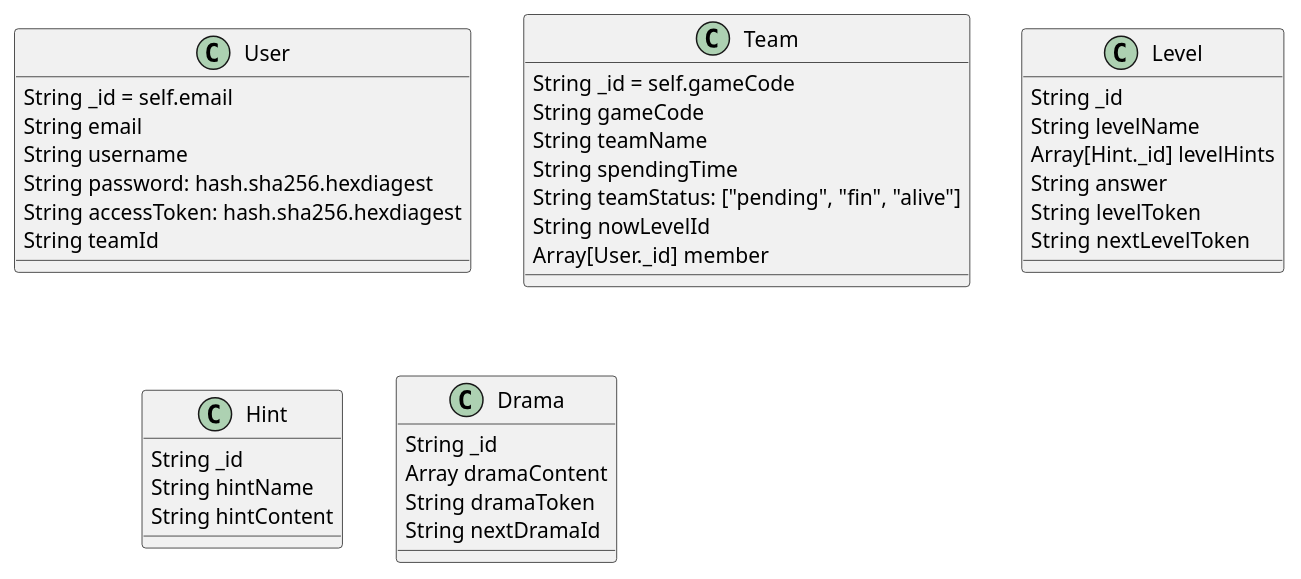
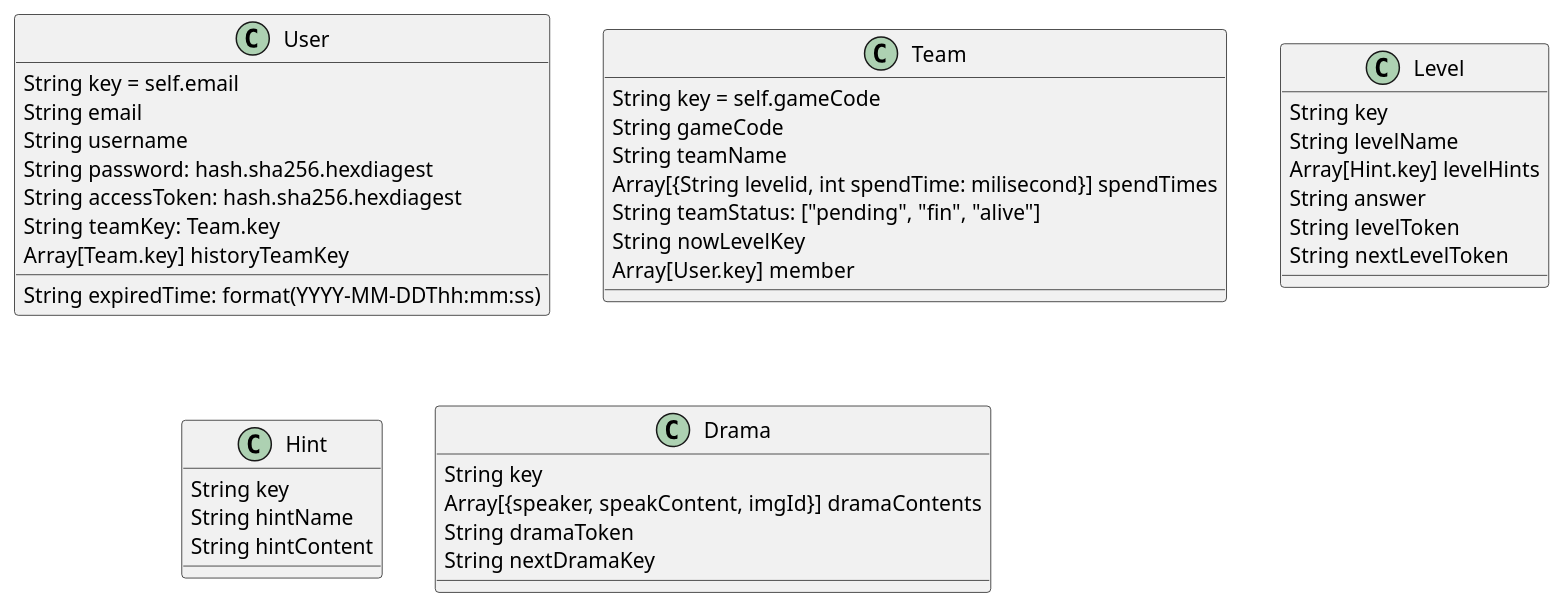
Before and after one commit to FHSHIC/reality-game-be: the diagram in DB/Data.puml, drawn with PlantUML. The commit also changed other lines of this file, not shown here.

Commit message:
fixed _id to key

```diff
--- a/DB/Data.puml
+++ b/DB/Data.puml
@@ -1,42 +3,45 @@
 @startuml
 class User {
-    String _id = self.email
+    String key = self.email
     String email
     String username
     String password: hash.sha256.hexdiagest
+    String expiredTime: format(YYYY-MM-DDThh:mm:ss)
     String accessToken: hash.sha256.hexdiagest
-    String teamId
+    String teamKey: Team.key
+    Array[Team.key] historyTeamKey
 }
 
 class Team {
-    String _id = self.gameCode
+    String key = self.gameCode
     String gameCode
     String teamName
-    String spendingTime
+    Array[{String levelid, int spendTime: milisecond}] spendTimes
     String teamStatus: ["pending", "fin", "alive"]
-    String nowLevelId
-    Array[User._id] member
+    String nowLevelKey
+    Array[User.key] member
 }
 
 class Level {
-    String _id
+    String key
     String levelName
-    Array[Hint._id] levelHints
+    Array[Hint.key] levelHints
     String answer
     String levelToken
     String nextLevelToken
 }
 
 class Hint {
-    String _id
+    String key
     String hintName
     String hintContent
 }
 
 class Drama {
-    String _id
-    Array dramaContent
+    String key
+    Array[{speaker, speakContent, imgId}] dramaContents
     String dramaToken
-    String nextDramaId
+    String nextDramaKey
 }
+
 @enduml
```
